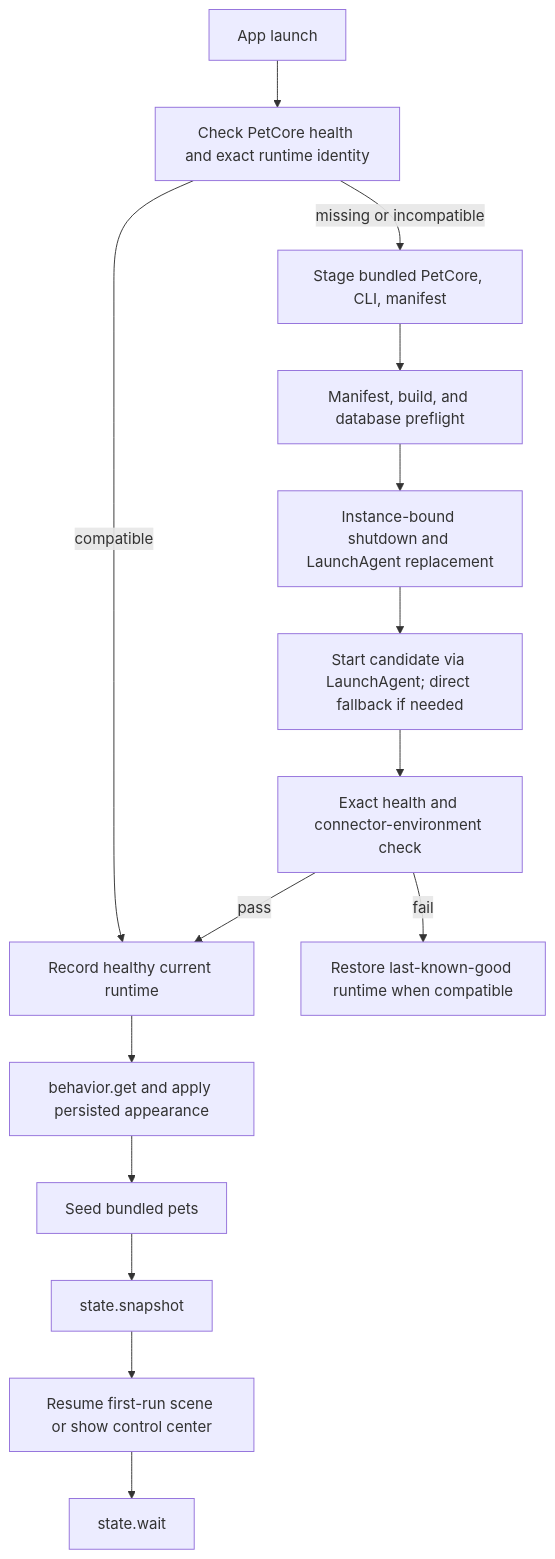
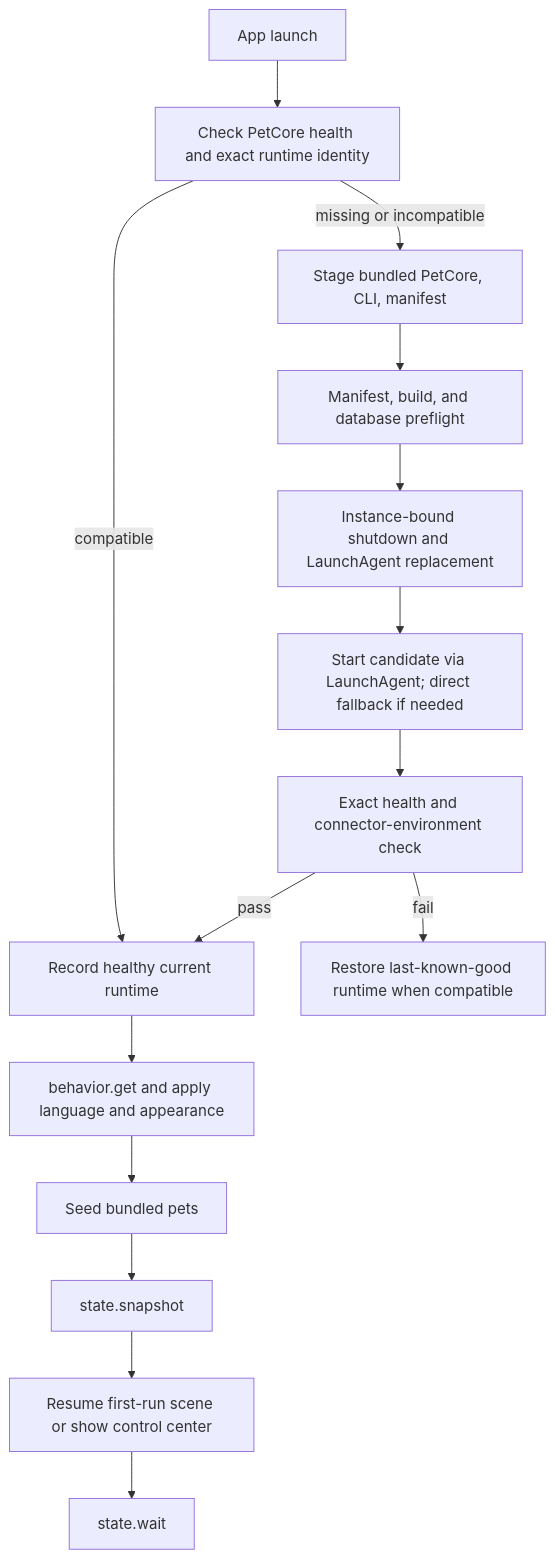
Before and after one commit to xjxtree/agent-pet-companion: the diagram in docs/architecture/runtime-and-ipc.md, drawn with Mermaid. The commit also changed other lines of this file and 26 other files, not shown here.

````diff
--- a/docs/architecture/runtime-and-ipc.md
+++ b/docs/architecture/runtime-and-ipc.md
@@ -22,17 +22,17 @@
 ```mermaid
 flowchart TD
     Launch["App launch"] --> Health["Check PetCore health and exact runtime identity"]
     Health -->|"compatible"| Commit["Record healthy current runtime"]
     Health -->|"missing or incompatible"| Stage["Stage bundled PetCore, CLI, manifest"]
     Stage --> Preflight["Manifest, build, and database preflight"]
     Preflight --> Stop["Instance-bound shutdown and LaunchAgent replacement"]
     Stop --> Start["Start candidate via LaunchAgent; direct fallback if needed"]
     Start --> Exact["Exact health and connector-environment check"]
     Exact -->|"pass"| Commit
     Exact -->|"fail"| Rollback["Restore last-known-good runtime when compatible"]
-    Commit --> Appearance["behavior.get and apply persisted appearance"]
-    Appearance --> Seed["Seed bundled pets"]
+    Commit --> Presentation["behavior.get and apply language and appearance"]
+    Presentation --> Seed["Seed bundled pets"]
     Seed --> Snapshot["state.snapshot"]
     Snapshot --> FirstRun["Resume first-run scene or show control center"]
     FirstRun --> Wait["state.wait"]
 ```
````
